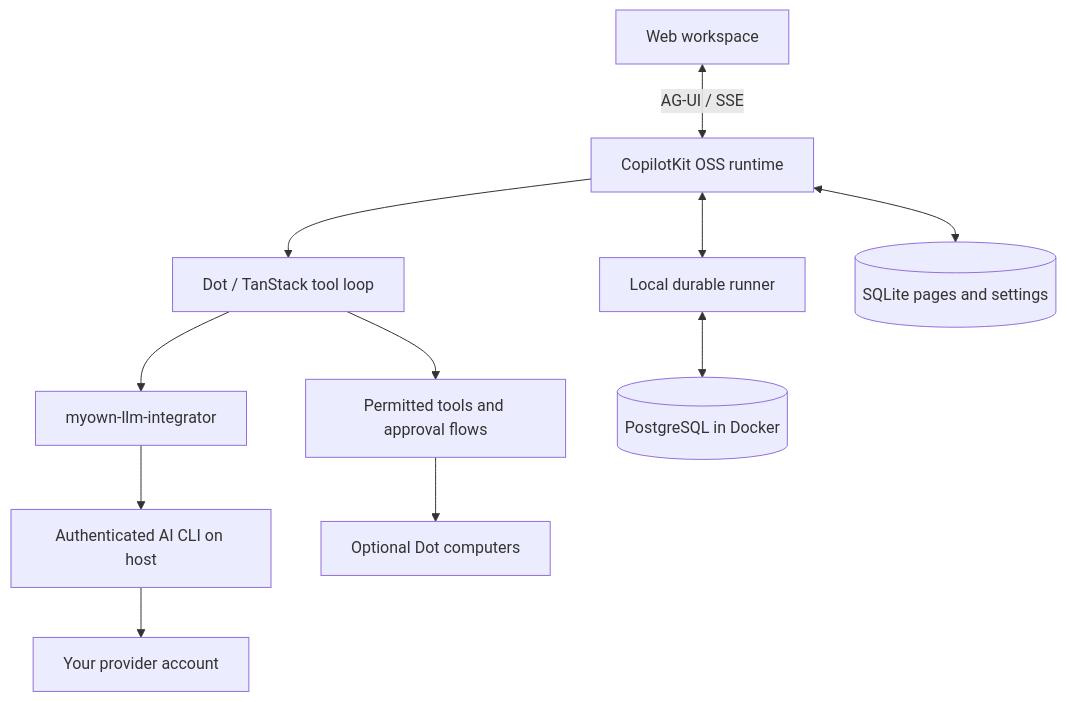
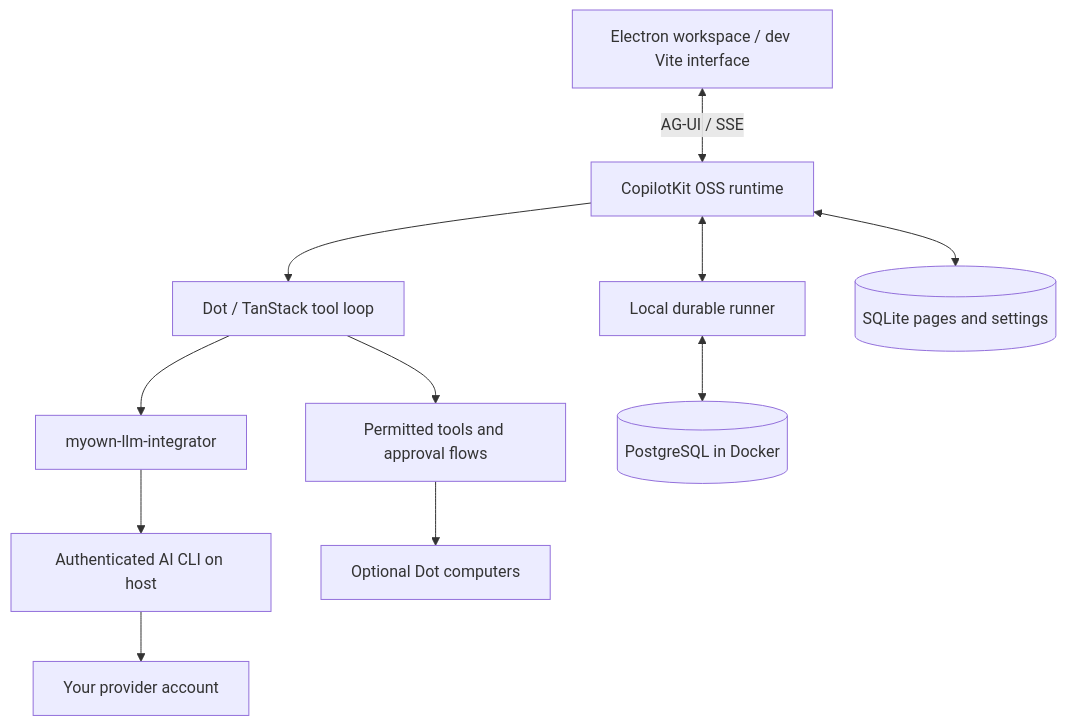
One commit to Handriantog/My-Own-Dots changed the diagram in README.md. Above: the diagram before and after it, drawn with Mermaid. The commit also changed other lines of this file and 10 other files, not shown here.

````diff
--- a/README.md
+++ b/README.md
@@ -123,13 +123,13 @@
 ```mermaid
 flowchart TB
-  Web[Web workspace] <-->|AG-UI / SSE| Runtime[CopilotKit OSS runtime]
+  Web[Electron workspace / dev Vite interface] <-->|AG-UI / SSE| Runtime[CopilotKit OSS runtime]
   Runtime --> Agent[Dot / TanStack tool loop]
   Agent --> Integrator[myown-llm-integrator]
   Integrator --> CLI[Authenticated AI CLI on host]
   CLI --> Account[Your provider account]
   Runtime <--> Threads[Local durable runner]
   Threads <--> Postgres[(PostgreSQL in Docker)]
   Runtime <--> SQLite[(SQLite pages and settings)]
   Agent --> Tools[Permitted tools and approval flows]
   Tools --> Computers[Optional Dot computers]
 ```
````
